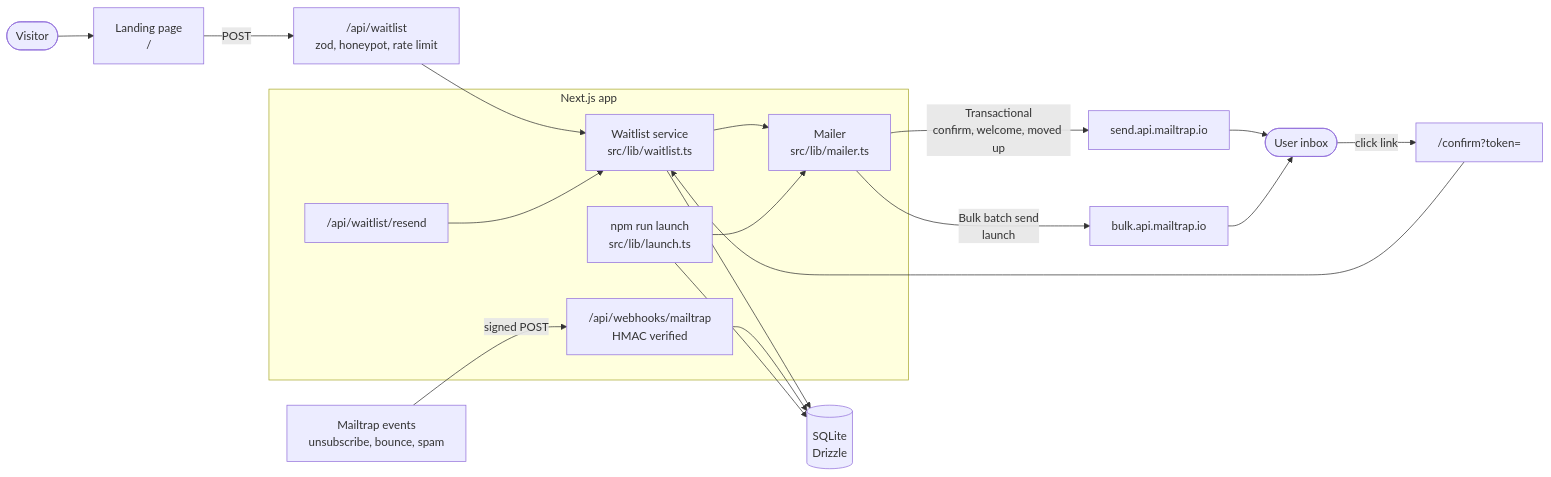
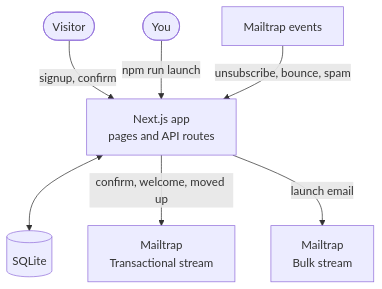
One commit to Sid-Lais/nextjs-waitlist-double-opt-in changed the first of 2 diagrams in README.md. Above: the diagram before and after it, drawn with Mermaid. The commit also changed other lines of this file, not shown here.

Commit message:
README: simplify architecture diagram, add context

````diff
--- a/README.md
+++ b/README.md
@@ -38,28 +40,9 @@
 ```mermaid
-flowchart LR
-    visitor([Visitor]) --> page["Landing page<br/>/"]
-    page -->|POST| signupApi["/api/waitlist<br/>zod, honeypot, rate limit"]
-    inbox([User inbox]) -->|click link| confirmPage["/confirm?token="]
-    confirmPage --> core
-    signupApi --> core
-
-    subgraph app [Next.js app]
-        core["Waitlist service<br/>src/lib/waitlist.ts"]
-        resend["/api/waitlist/resend"] --> core
-        hook["/api/webhooks/mailtrap<br/>HMAC verified"]
-        cli["npm run launch<br/>src/lib/launch.ts"]
-        mailer["Mailer<br/>src/lib/mailer.ts"]
-        core --> mailer
-        cli --> mailer
-    end
-
-    core --> db[("SQLite<br/>Drizzle")]
-    hook --> db
-    cli --> db
-
-    mailer -->|"Transactional<br/>confirm, welcome, moved up"| tx["send.api.mailtrap.io"]
-    mailer -->|"Bulk batch send<br/>launch"| bulk["bulk.api.mailtrap.io"]
-    tx --> inbox
-    bulk --> inbox
-    events["Mailtrap events<br/>unsubscribe, bounce, spam"] -->|signed POST| hook
+flowchart TB
+    user([Visitor]) -->|signup, confirm| web["Next.js app<br/>pages and API routes"]
+    owner([You]) -->|npm run launch| web
+    web <--> db[("SQLite")]
+    web -->|"confirm, welcome, moved up"| tx["Mailtrap<br/>Transactional stream"]
+    web -->|"launch email"| bulk["Mailtrap<br/>Bulk stream"]
+    events["Mailtrap events"] -->|"unsubscribe, bounce, spam"| web
 ```
````
